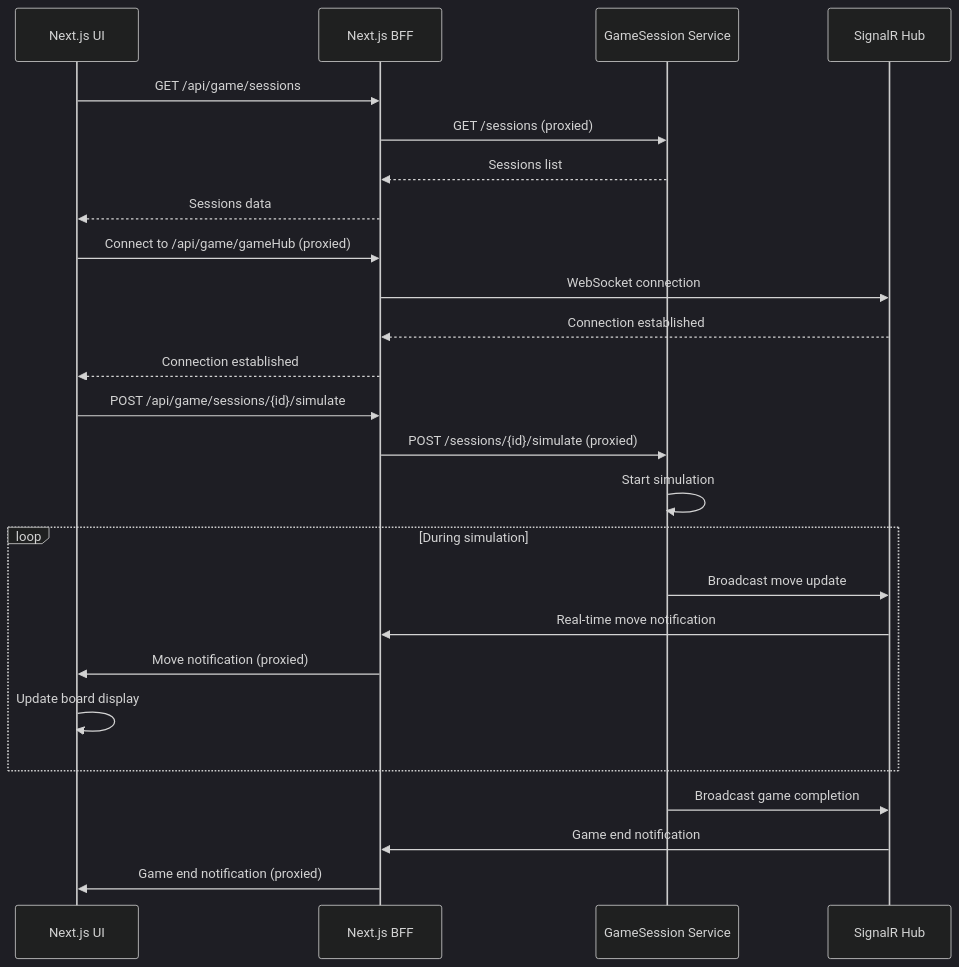
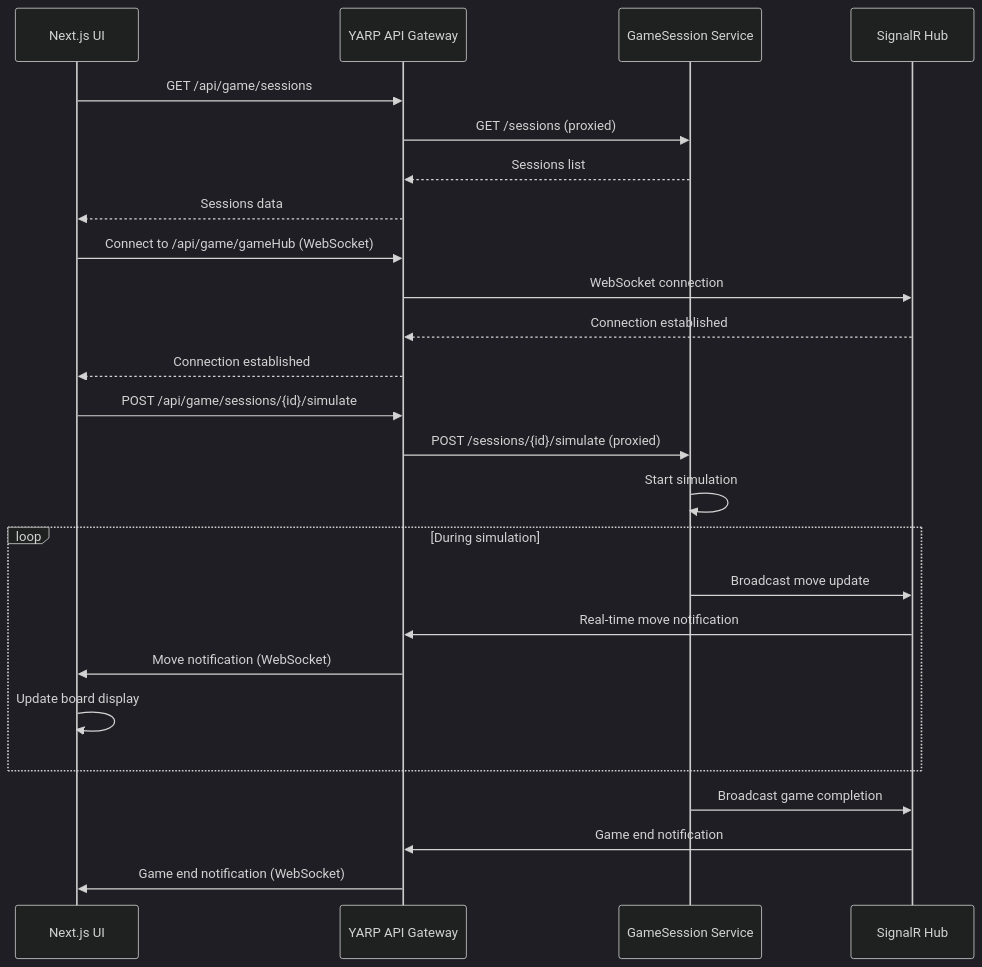
The third of 4 diagrams in README.md (dmitrycx/TicTacToe), drawn with Mermaid (dark theme) before and after one commit. The commit also changed other lines of this file and 10 other files, not shown here.

First line of the commit message:
feat: Introduce API Gateway with YARP for microservices integration

````diff
--- a/README.md
+++ b/README.md
@@ -92,32 +94,32 @@
 ```mermaid
 sequenceDiagram
     participant UI as Next.js UI
-    participant BFF as Next.js BFF
+    participant YARP as YARP API Gateway
     participant GS as GameSession Service
     participant SR as SignalR Hub
     
-    UI->>BFF: GET /api/game/sessions
-    BFF->>GS: GET /sessions (proxied)
-    GS-->>BFF: Sessions list
-    BFF-->>UI: Sessions data
+    UI->>YARP: GET /api/game/sessions
+    YARP->>GS: GET /sessions (proxied)
+    GS-->>YARP: Sessions list
+    YARP-->>UI: Sessions data
     
-    UI->>BFF: Connect to /api/game/gameHub (proxied)
-    BFF->>SR: WebSocket connection
-    SR-->>BFF: Connection established
-    BFF-->>UI: Connection established
+    UI->>YARP: Connect to /api/game/gameHub (WebSocket)
+    YARP->>SR: WebSocket connection
+    SR-->>YARP: Connection established
+    YARP-->>UI: Connection established
     
-    UI->>BFF: POST /api/game/sessions/{id}/simulate
-    BFF->>GS: POST /sessions/{id}/simulate (proxied)
+    UI->>YARP: POST /api/game/sessions/{id}/simulate
+    YARP->>GS: POST /sessions/{id}/simulate (proxied)
     GS->>GS: Start simulation
     
     loop During simulation
         GS->>SR: Broadcast move update
-        SR->>BFF: Real-time move notification
-        BFF->>UI: Move notification (proxied)
+        SR->>YARP: Real-time move notification
+        YARP->>UI: Move notification (WebSocket)
         UI->>UI: Update board display
     end
     
     GS->>SR: Broadcast game completion
-    SR->>BFF: Game end notification
-    BFF->>UI: Game end notification (proxied)
+    SR->>YARP: Game end notification
+    YARP->>UI: Game end notification (WebSocket)
 ```
````
